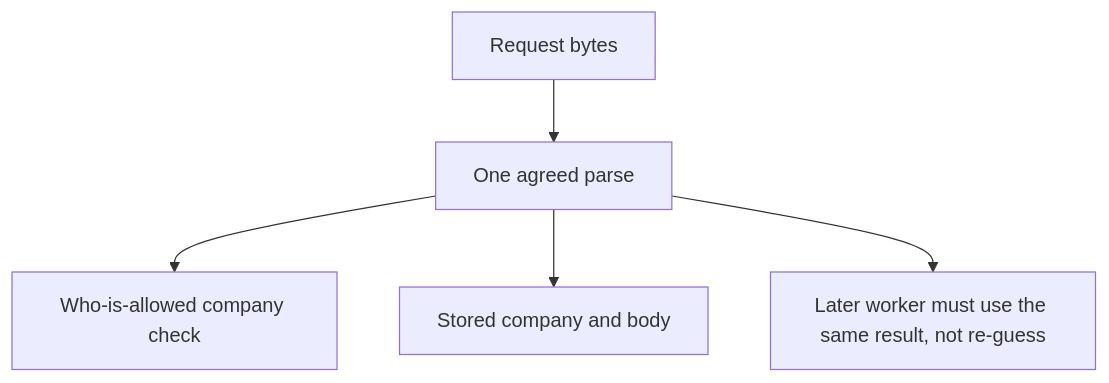
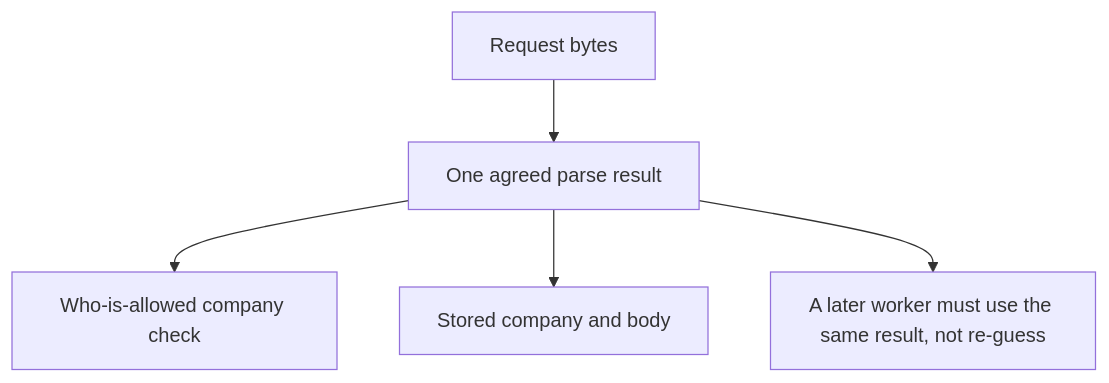
One commit to ishitvagoel/LearnSecurity changed the diagram in content/modules/2/2.1/lessons/02-model.md. Above: the diagram before and after it, drawn with Mermaid. The commit also changed other lines of this file and 17 other files, not shown here.

````diff
--- a/content/modules/2/2.1/lessons/02-model.md
+++ b/content/modules/2/2.1/lessons/02-model.md
@@ -14,7 +14,7 @@
 ```mermaid
 flowchart TD
-  Bytes[Request bytes] --> Agreed[One agreed parse]
+  Bytes[Request bytes] --> Agreed[One agreed parse result]
   Agreed --> ACL[Who-is-allowed company check]
   Agreed --> Store[Stored company and body]
-  Agreed --> Worker[Later worker must use the same result, not re-guess]
+  Agreed --> Worker[A later worker must use the same result, not re-guess]
 ```
````
